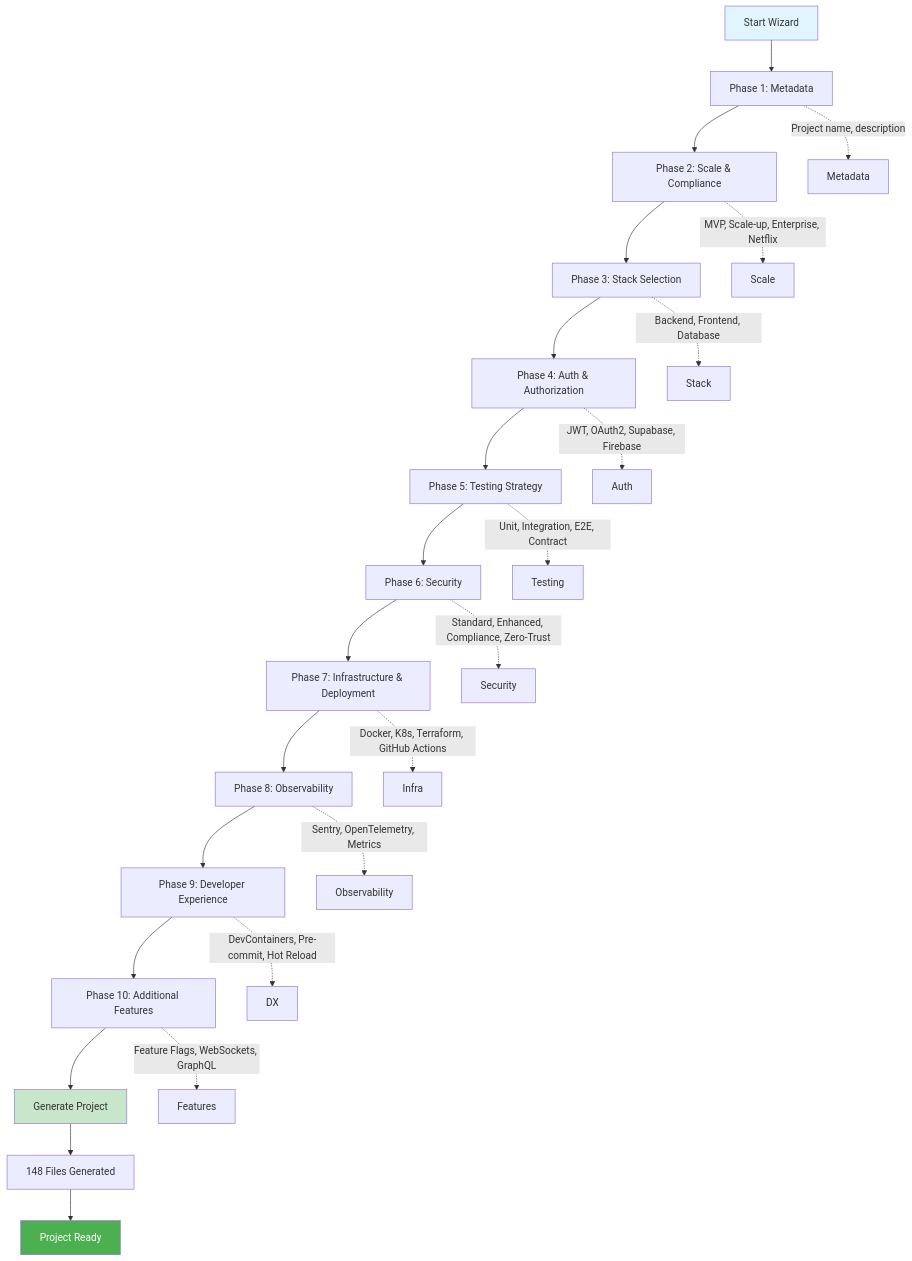
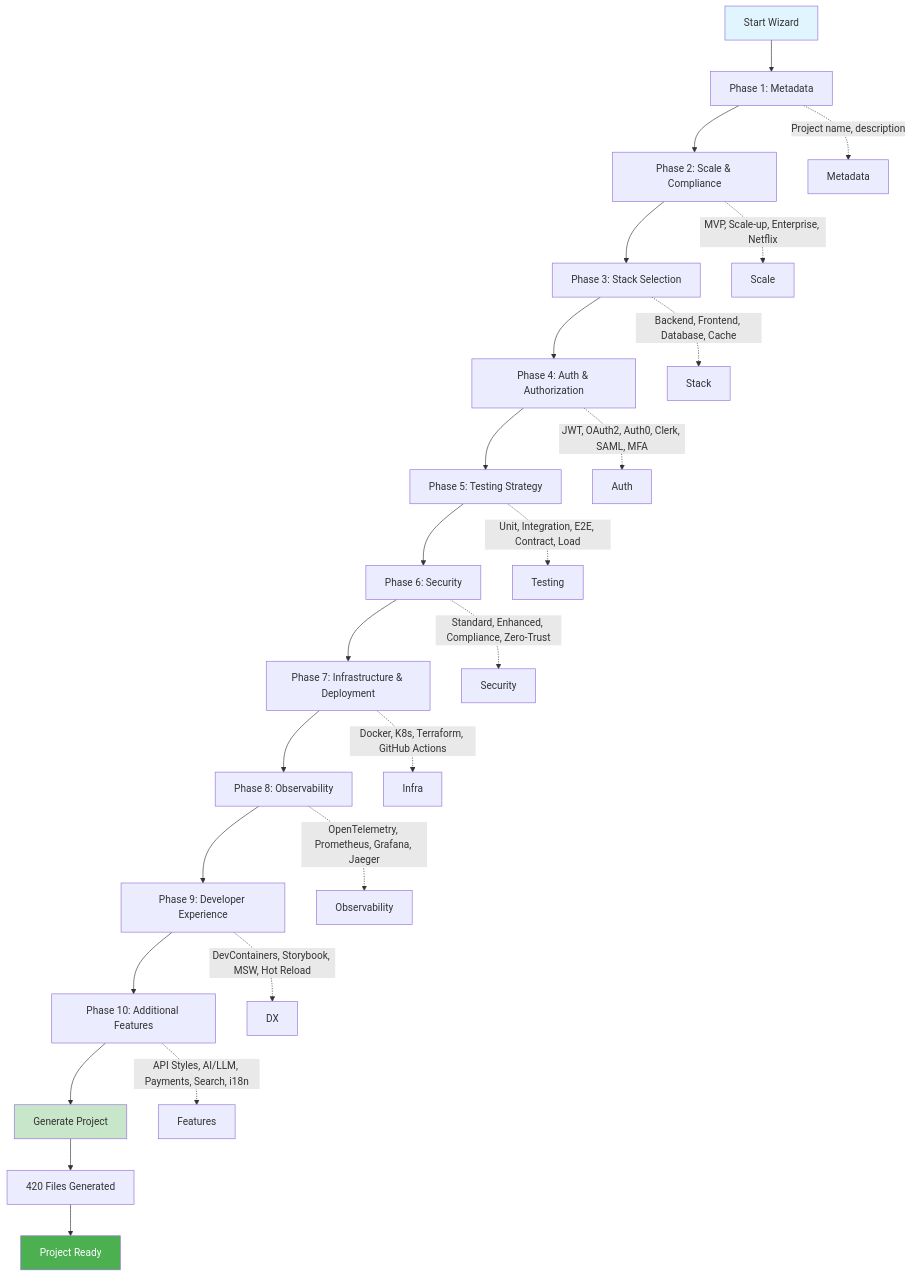
The first of 4 diagrams in README.md (vdirienzo/nuevo-proyecto-scaffold), drawn with Mermaid before and after one commit. The commit also changed other lines of this file and 10 other files, not shown here.

````diff
--- a/README.md
+++ b/README.md
@@ -53,32 +122,32 @@
 ```mermaid
 graph TD
     Start[Start Wizard] --> Phase1[Phase 1: Metadata]
     Phase1 --> Phase2[Phase 2: Scale & Compliance]
     Phase2 --> Phase3[Phase 3: Stack Selection]
     Phase3 --> Phase4[Phase 4: Auth & Authorization]
     Phase4 --> Phase5[Phase 5: Testing Strategy]
     Phase5 --> Phase6[Phase 6: Security]
     Phase6 --> Phase7[Phase 7: Infrastructure & Deployment]
     Phase7 --> Phase8[Phase 8: Observability]
     Phase8 --> Phase9[Phase 9: Developer Experience]
     Phase9 --> Phase10[Phase 10: Additional Features]
     Phase10 --> Generate[Generate Project]
 
     Phase1 -.->|Project name, description| Metadata
     Phase2 -.->|MVP, Scale-up, Enterprise, Netflix| Scale
-    Phase3 -.->|Backend, Frontend, Database| Stack
-    Phase4 -.->|JWT, OAuth2, Supabase, Firebase| Auth
-    Phase5 -.->|Unit, Integration, E2E, Contract| Testing
+    Phase3 -.->|Backend, Frontend, Database, Cache| Stack
+    Phase4 -.->|JWT, OAuth2, Auth0, Clerk, SAML, MFA| Auth
+    Phase5 -.->|Unit, Integration, E2E, Contract, Load| Testing
     Phase6 -.->|Standard, Enhanced, Compliance, Zero-Trust| Security
     Phase7 -.->|Docker, K8s, Terraform, GitHub Actions| Infra
-    Phase8 -.->|Sentry, OpenTelemetry, Metrics| Observability
-    Phase9 -.->|DevContainers, Pre-commit, Hot Reload| DX
-    Phase10 -.->|Feature Flags, WebSockets, GraphQL| Features
+    Phase8 -.->|OpenTelemetry, Prometheus, Grafana, Jaeger| Observability
+    Phase9 -.->|DevContainers, Storybook, MSW, Hot Reload| DX
+    Phase10 -.->|API Styles, AI/LLM, Payments, Search, i18n| Features
 
-    Generate --> Output[148 Files Generated]
+    Generate --> Output[420 Files Generated]
     Output --> Done[Project Ready]
 
     style Start fill:#e1f5ff
     style Generate fill:#c8e6c9
     style Done fill:#4caf50,color:#fff
 ```
````
